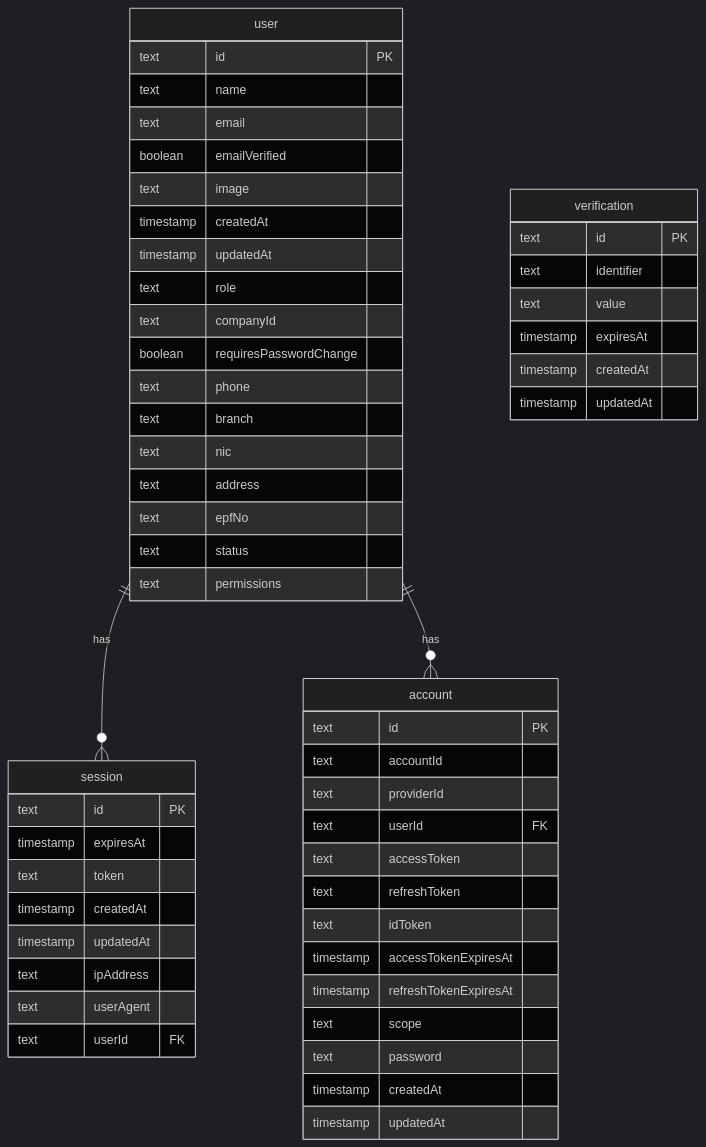
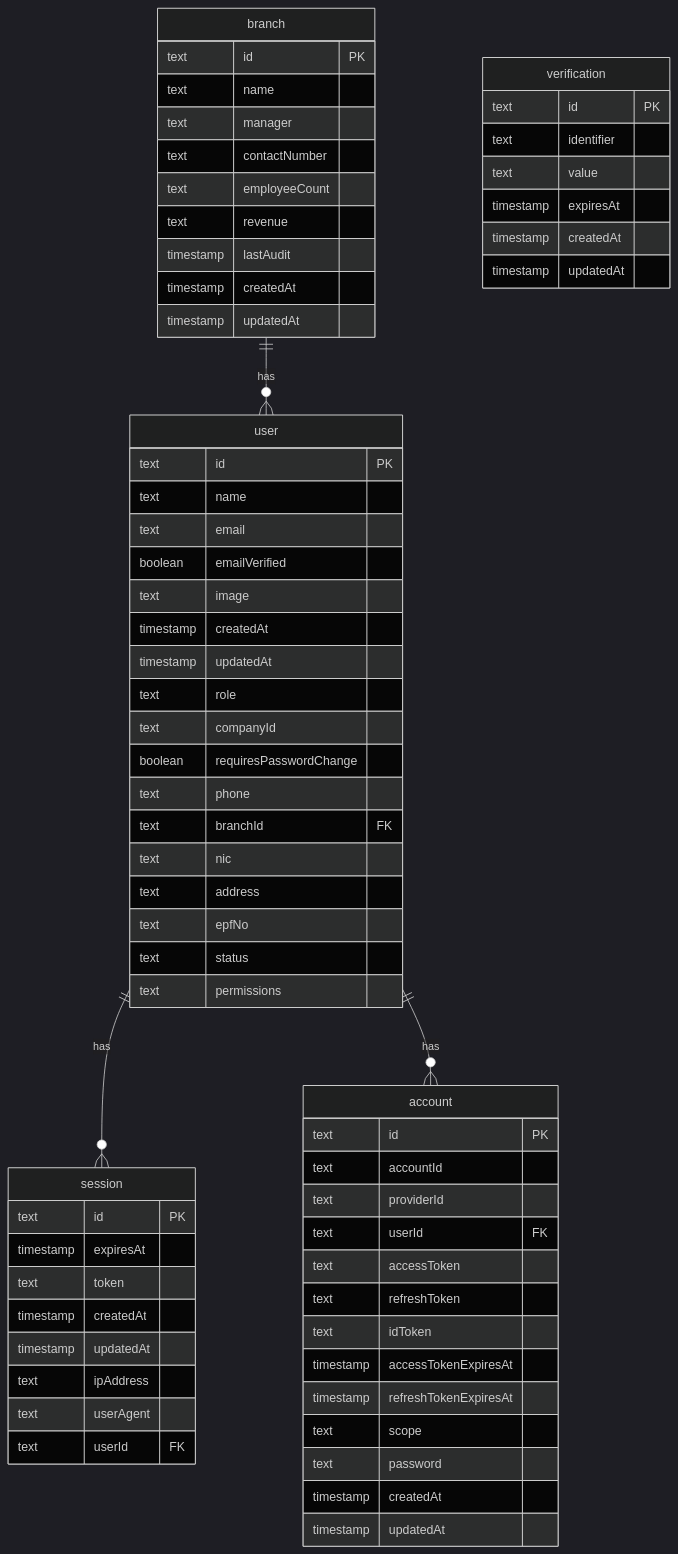
Before and after one commit to anpWickramasinghe/finova: the diagram in backend/db/README.md, drawn with Mermaid (dark theme). The commit also changed other lines of this file, not shown here.

Commit message:
refactor:backend db readme updated

````diff
--- a/backend/db/README.md
+++ b/backend/db/README.md
@@ -15,61 +16,74 @@
 ```mermaid
 erDiagram
     user ||--o{ session : "has"
     user ||--o{ account : "has"
+    branch ||--o{ user : "has"
 
     user {
         text id PK
         text name
         text email
         boolean emailVerified
         text image
         timestamp createdAt
         timestamp updatedAt
         text role
         text companyId
         boolean requiresPasswordChange
         text phone
-        text branch
+        text branchId FK
         text nic
         text address
         text epfNo
         text status
         text permissions
     }
 
     session {
         text id PK
         timestamp expiresAt
         text token
         timestamp createdAt
         timestamp updatedAt
         text ipAddress
         text userAgent
         text userId FK
     }
 
     account {
         text id PK
         text accountId
         text providerId
         text userId FK
         text accessToken
         text refreshToken
         text idToken
         timestamp accessTokenExpiresAt
         timestamp refreshTokenExpiresAt
         text scope
         text password
         timestamp createdAt
         timestamp updatedAt
     }
 
     verification {
         text id PK
         text identifier
         text value
         timestamp expiresAt
         timestamp createdAt
         timestamp updatedAt
     }
+
+    branch {
+        text id PK
+        text name
+        text manager
+        text contactNumber
+        text employeeCount
+        text revenue
+        timestamp lastAudit
+        timestamp createdAt
+        timestamp updatedAt
+    }
 ```
````
